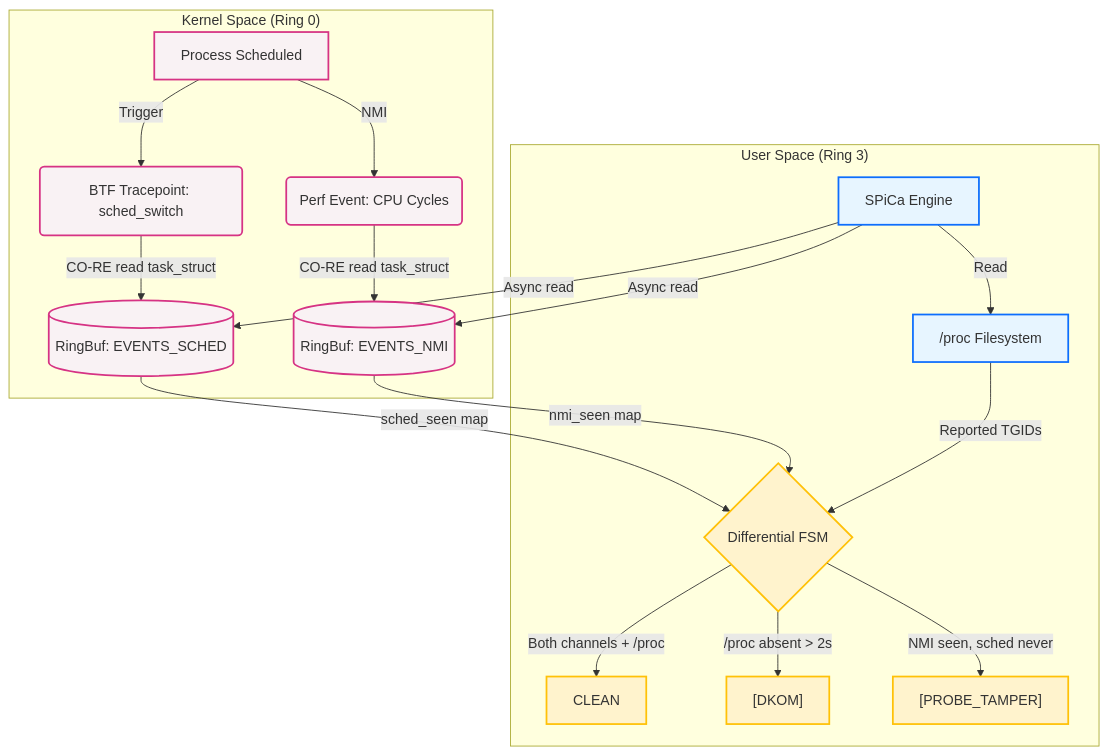
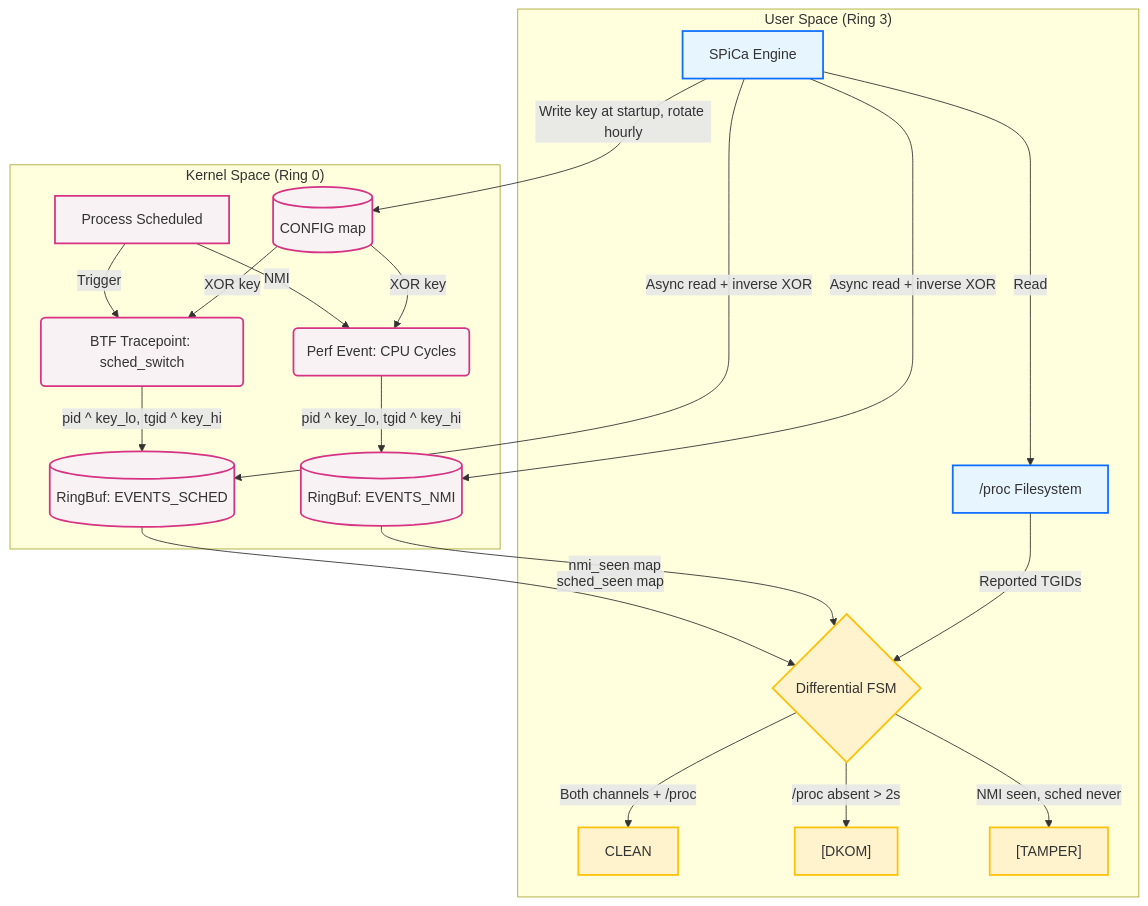
Before and after one commit to 0xKirisame/SPiCa: the diagram in README.md, drawn with Mermaid. The commit also changed other lines of this file and 2 other files, not shown here.

Commit message:
SPiCa v2.1: stopped selective PID filtering through basic XORs

````diff
--- a/README.md
+++ b/README.md
@@ -30,31 +42,34 @@
 ```mermaid
 graph TD
    subgraph "Kernel Space (Ring 0)"
        A[Process Scheduled] -->|Trigger| B(BTF Tracepoint: sched_switch)
        A -->|NMI| C(Perf Event: CPU Cycles)
-       B -->|CO-RE read task_struct| D[(RingBuf: EVENTS_SCHED)]
-       C -->|CO-RE read task_struct| E[(RingBuf: EVENTS_NMI)]
+       K[(CONFIG map)] -->|XOR key| B
+       K -->|XOR key| C
+       B -->|pid ^ key_lo, tgid ^ key_hi| D[(RingBuf: EVENTS_SCHED)]
+       C -->|pid ^ key_lo, tgid ^ key_hi| E[(RingBuf: EVENTS_NMI)]
    end
 
    subgraph "User Space (Ring 3)"
-       F[SPiCa Engine] -->|Async read| D
-       F -->|Async read| E
+       F[SPiCa Engine] -->|Write key at startup, rotate hourly| K
+       F -->|Async read + inverse XOR| D
+       F -->|Async read + inverse XOR| E
        F -->|Read| G["/proc Filesystem"]
 
        D -- "sched_seen map" --> H{Differential FSM}
        E -- "nmi_seen map"   --> H
        G -- "Reported TGIDs" --> H
 
        H -->|Both channels + /proc| I[CLEAN]
        H -->|/proc absent > 2s| J["[DKOM]"]
-       H -->|NMI seen, sched never| K["[PROBE_TAMPER]"]
+       H -->|NMI seen, sched never| L["[TAMPER]"]
    end
 
    classDef kernel fill:#f9f2f4,stroke:#d63384,stroke-width:2px;
    classDef user fill:#e7f5ff,stroke:#0d6efd,stroke-width:2px;
    classDef logic fill:#fff3cd,stroke:#ffc107,stroke-width:2px;
 
-   class A,B,C,D,E kernel;
+   class A,B,C,D,E,K kernel;
    class F,G user;
-   class H,I,J,K logic;
+   class H,I,J,L logic;
 ```
````
